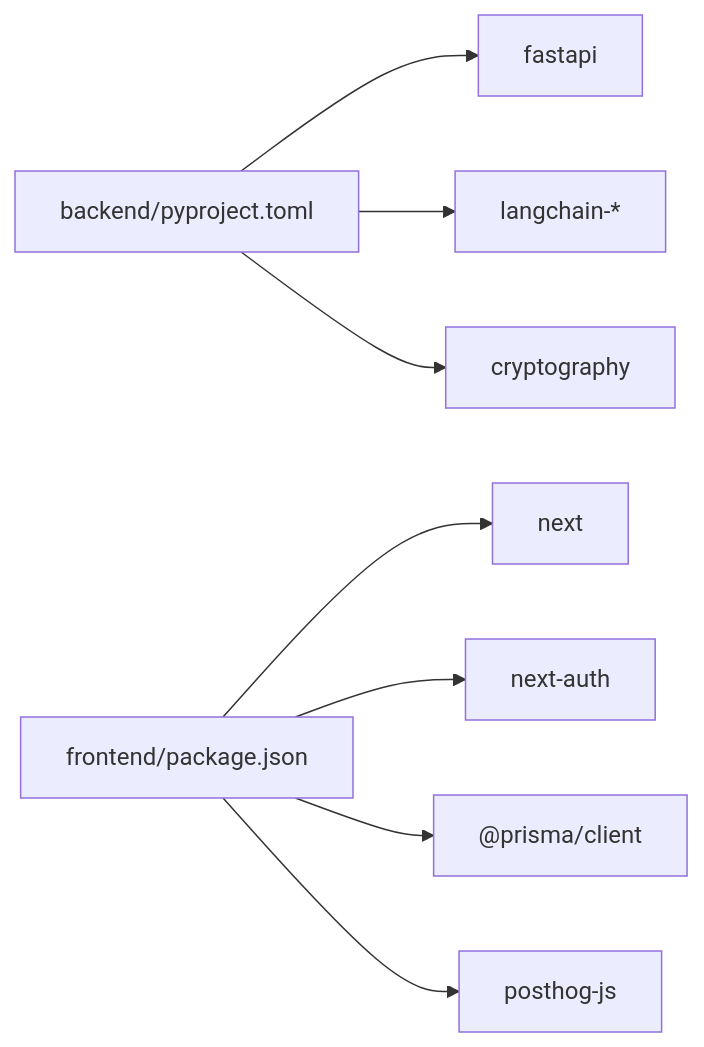
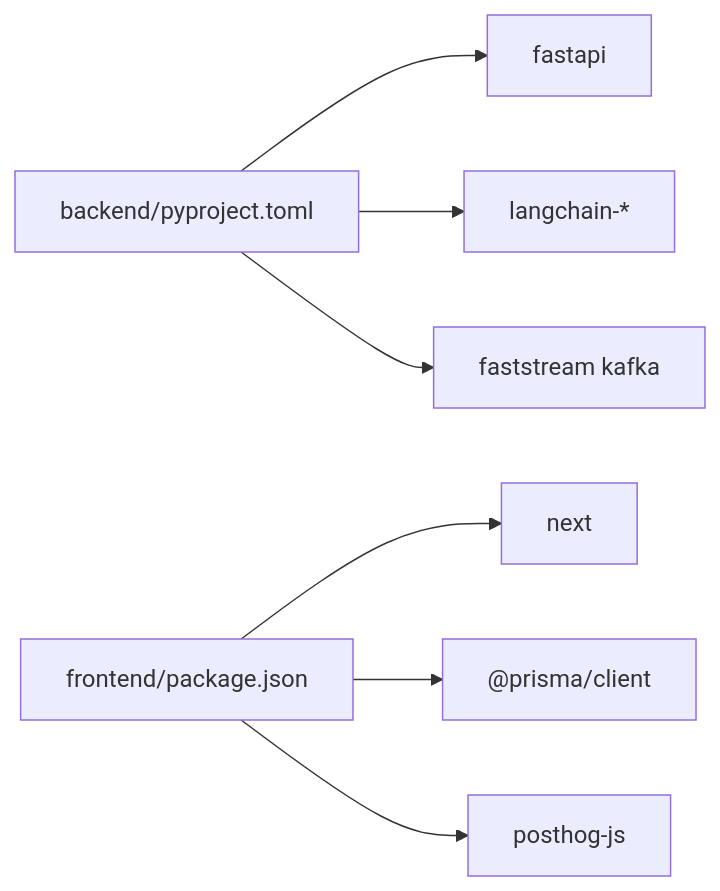
The seventh of 7 diagrams in src/data/docs/talentsync/Deployment & DevOps.md (tashifkhan/tashif.codes), drawn with Mermaid before and after one commit. The commit also changed other lines of this file and 2128 other files, not shown here.

First line of the commit message:
docs: replace raster diagram images with native Mermaid across project guides

````diff
--- a/src/data/docs/talentsync/Deployment & DevOps.md
+++ b/src/data/docs/talentsync/Deployment & DevOps.md
@@ -195,10 +163,9 @@
 ```mermaid
 graph LR
 BE["backend/pyproject.toml"] --> FastAPI["fastapi"]
 BE --> LangChain["langchain-*"]
-BE --> Crypto["cryptography"]
+BE --> FS["faststream kafka"]
 FE["frontend/package.json"] --> Next["next"]
-FE --> NextAuth["next-auth"]
 FE --> Prisma["@prisma/client"]
 FE --> PostHog["posthog-js"]
 ```
````
